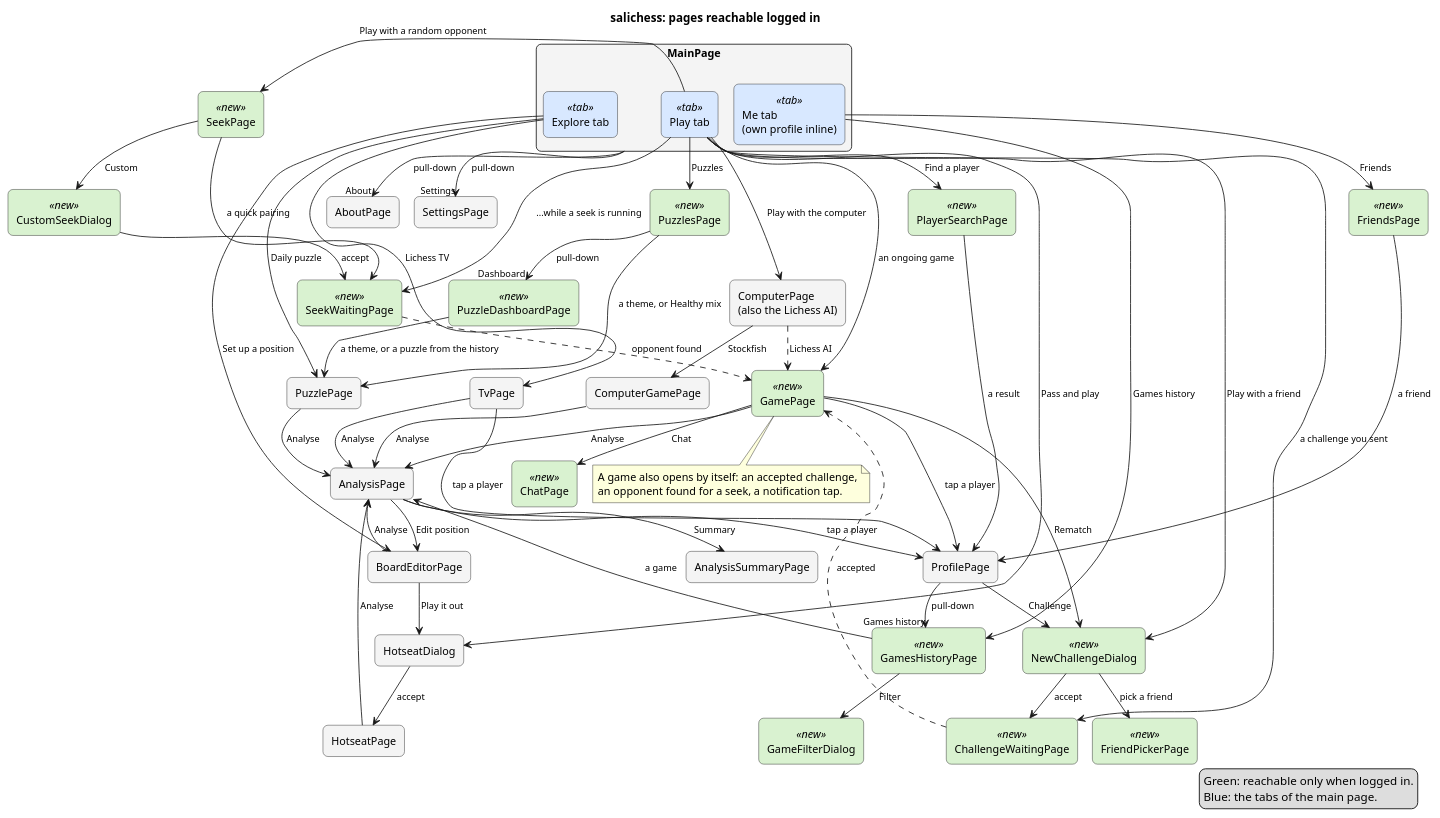
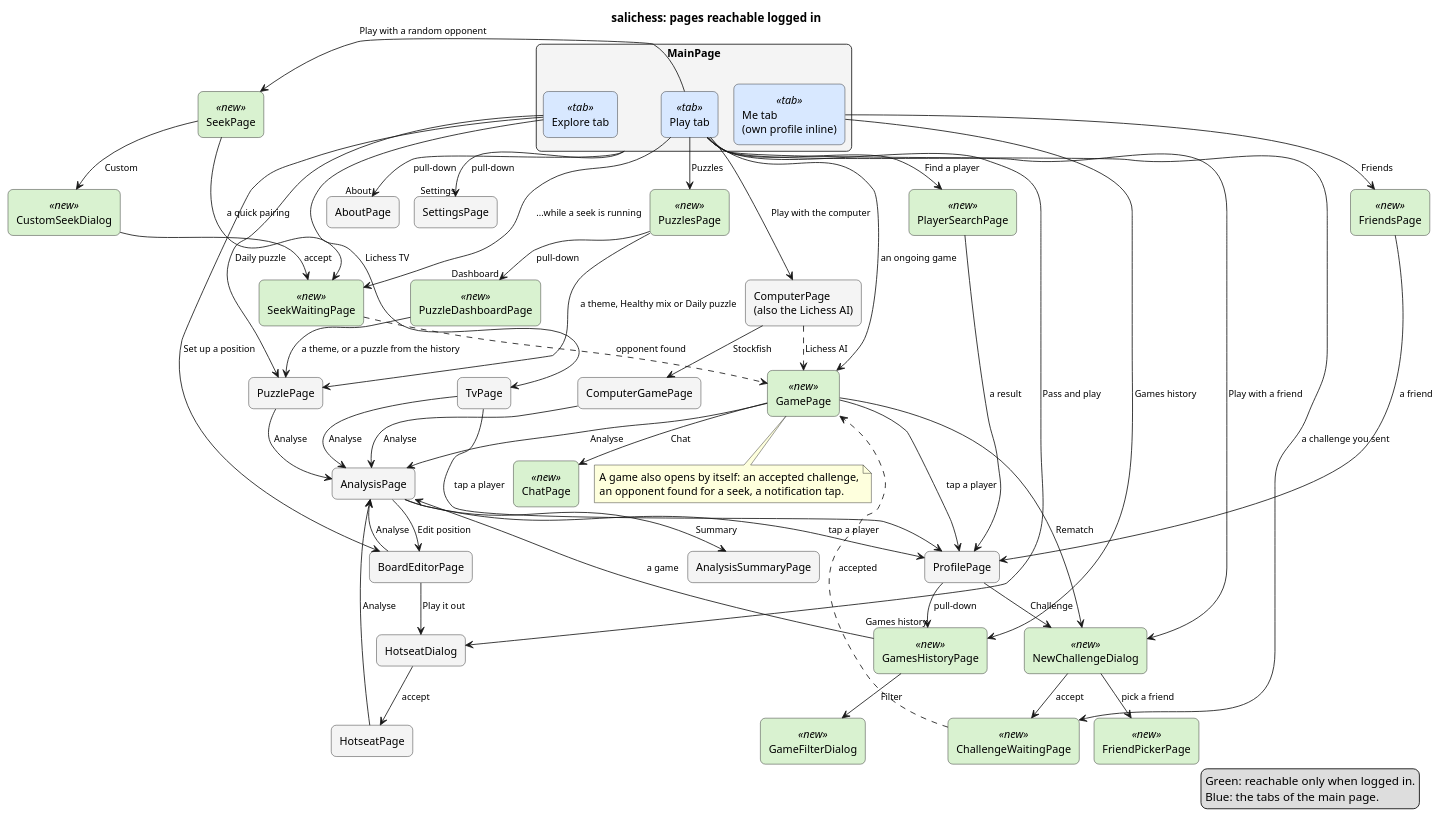
One commit to van-ess0/salichess changed the second of 2 diagrams in docs/pages.puml. Above: the diagram before and after it, drawn with PlantUML. The commit also changed 21 other files, not shown here.

```diff
--- a/docs/pages.puml
+++ b/docs/pages.puml
@@ -77,116 +77,116 @@
 @startuml pages-logged-in
 !pragma layout smetana
 title salichess: pages reachable logged in
 skinparam shadowing false
 skinparam defaultFontSize 13
 skinparam ArrowFontSize 11
 skinparam rectangle {
   RoundCorner 12
   BackgroundColor #F4F4F4
 }
 skinparam rectangle<<tab>> {
   BackgroundColor #D8E8FF
 }
 skinparam rectangle<<new>> {
   BackgroundColor #D9F2D0
 }
 top to bottom direction
 
 rectangle "MainPage" as Main {
   rectangle "Play tab" <<tab>> as Play
   rectangle "Explore tab" <<tab>> as Explore
   rectangle "Me tab\n(own profile inline)" <<tab>> as Me
 }
 
 rectangle AboutPage as About
 rectangle SettingsPage as Settings
 
 ' Only logged in
 rectangle SeekPage <<new>> as Seek
 rectangle CustomSeekDialog <<new>> as CustomSeek
 rectangle SeekWaitingPage <<new>> as SeekWait
 rectangle NewChallengeDialog <<new>> as NewChallenge
 rectangle FriendPickerPage <<new>> as FriendPicker
 rectangle ChallengeWaitingPage <<new>> as ChallengeWait
 rectangle GamePage <<new>> as Game
 rectangle ChatPage <<new>> as Chat
 rectangle PuzzlesPage <<new>> as Puzzles
 rectangle PuzzleDashboardPage <<new>> as Dashboard
 rectangle PlayerSearchPage <<new>> as Search
 rectangle FriendsPage <<new>> as Friends
 rectangle GamesHistoryPage <<new>> as History
 rectangle GameFilterDialog <<new>> as Filter
 
 ' Also logged out
 rectangle "ComputerPage\n(also the Lichess AI)" as Computer
 rectangle ComputerGamePage as ComputerGame
 rectangle HotseatDialog as HotseatDlg
 rectangle HotseatPage as Hotseat
 rectangle BoardEditorPage as Editor
 rectangle PuzzlePage as Puzzle
 rectangle TvPage as Tv
 rectangle AnalysisPage as Analysis
 rectangle AnalysisSummaryPage as Summary
 rectangle ProfilePage as Profile
 
 Main --> About : pull-down "About"
 Main --> Settings : pull-down "Settings"
 
 Play --> Seek : Play with a random opponent
 Play --> SeekWait : ...while a seek is running
 Play --> NewChallenge : Play with a friend
 Play --> Computer : Play with the computer
 Play --> HotseatDlg : Pass and play
 Play --> Puzzles : Puzzles
 Play --> Search : Find a player
 Play --> ChallengeWait : a challenge you sent
 Play --> Game : an ongoing game
 Explore --> Editor : Set up a position
 Explore --> Puzzle : Daily puzzle
 Explore --> Tv : Lichess TV
 Me --> History : Games history
 Me --> Friends : Friends
 
 Seek --> SeekWait : a quick pairing
 Seek --> CustomSeek : Custom
 CustomSeek --> SeekWait : accept
 SeekWait ..> Game : opponent found
 NewChallenge --> FriendPicker : pick a friend
 NewChallenge --> ChallengeWait : accept
 ChallengeWait ..> Game : accepted
 Computer ..> Game : Lichess AI
 Computer --> ComputerGame : Stockfish
 Game --> Chat : Chat
 Game --> Analysis : Analyse
 Game --> NewChallenge : Rematch
 ComputerGame --> Analysis : Analyse
 HotseatDlg --> Hotseat : accept
 Hotseat --> Analysis : Analyse
 Editor --> HotseatDlg : Play it out
 Editor --> Analysis : Analyse
-Puzzles --> Puzzle : a theme, or Healthy mix
+Puzzles --> Puzzle : a theme, Healthy mix or Daily puzzle
 Puzzles --> Dashboard : pull-down "Dashboard"
 Dashboard --> Puzzle : a theme, or a puzzle from the history
 Puzzle --> Analysis : Analyse
 Tv --> Analysis : Analyse
 Analysis --> Editor : Edit position
 Analysis --> Summary : Summary
 Search --> Profile : a result
 Friends --> Profile : a friend
 Game --> Profile : tap a player
 Tv --> Profile : tap a player
 Analysis --> Profile : tap a player
 Profile --> History : pull-down "Games history"
 Profile --> NewChallenge : Challenge
 History --> Filter : Filter
 History --> Analysis : a game
 
 note bottom of Game
   A game also opens by itself: an accepted challenge,
   an opponent found for a seek, a notification tap.
 end note
 legend right
   Green: reachable only when logged in.
   Blue: the tabs of the main page.
 end legend
 @enduml
```
